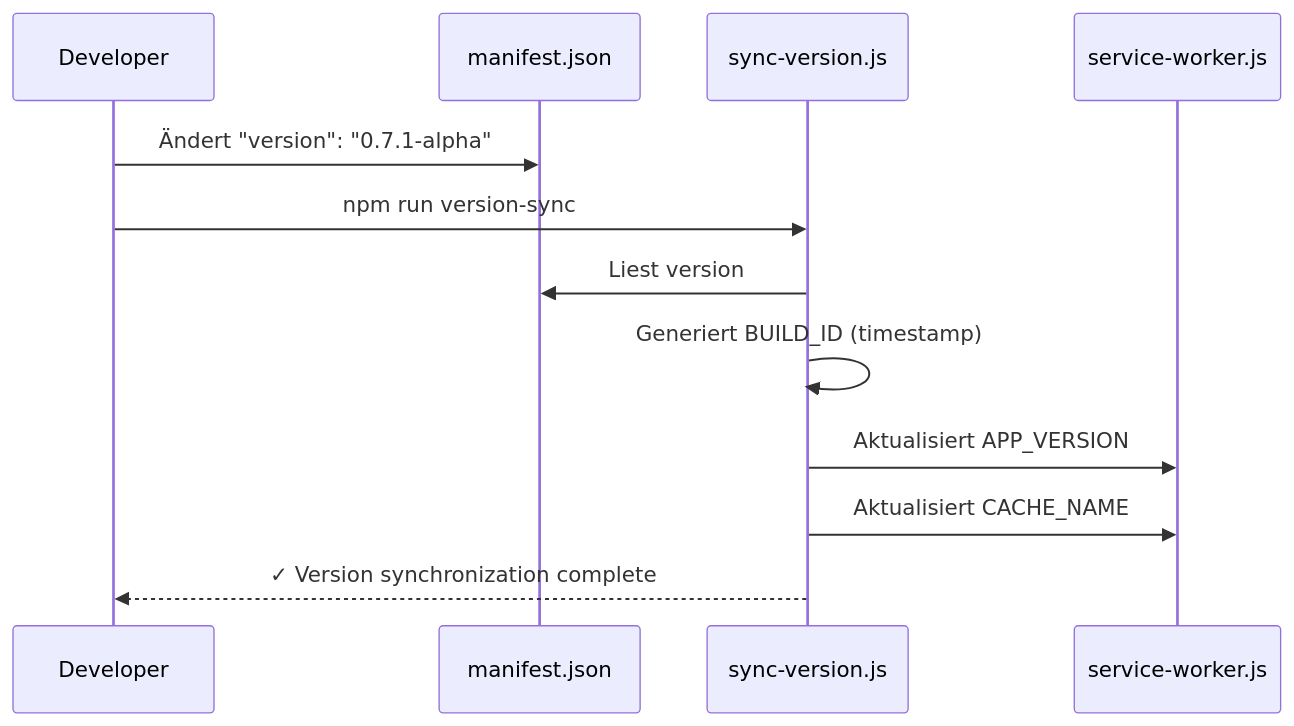
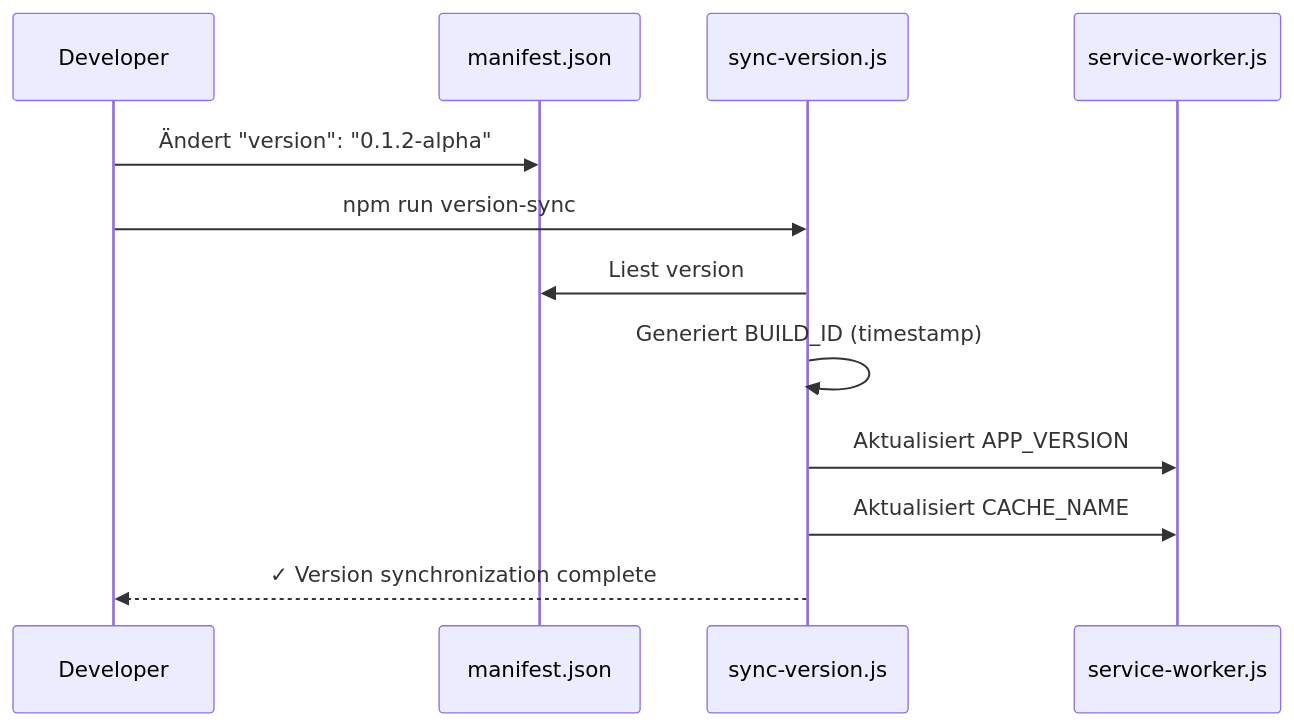
Before and after one commit to BFS-IT-AB/Calchas: the fourth of 9 diagrams in SYSTEM-ARCHITEKTUR-ANALYSE.md, drawn with Mermaid. The commit also changed other lines of this file and 1 other file, not shown here.

First line of the commit message:
docs: SYSTEM-ARCHITEKTUR-ANALYSE.md vollständig auf 0.1.1-alpha aktualisiert

````diff
--- a/SYSTEM-ARCHITEKTUR-ANALYSE.md
+++ b/SYSTEM-ARCHITEKTUR-ANALYSE.md
@@ -1521,15 +1521,15 @@
 ```mermaid
 sequenceDiagram
     participant Dev as Developer
     participant M as manifest.json
     participant S as sync-version.js
     participant SW as service-worker.js
 
-    Dev->>M: Ändert "version": "0.7.1-alpha"
+    Dev->>M: Ändert "version": "0.1.2-alpha"
     Dev->>S: npm run version-sync
     S->>M: Liest version
     S->>S: Generiert BUILD_ID (timestamp)
     S->>SW: Aktualisiert APP_VERSION
     S->>SW: Aktualisiert CACHE_NAME
     S-->>Dev: ✓ Version synchronization complete
 ```
````
